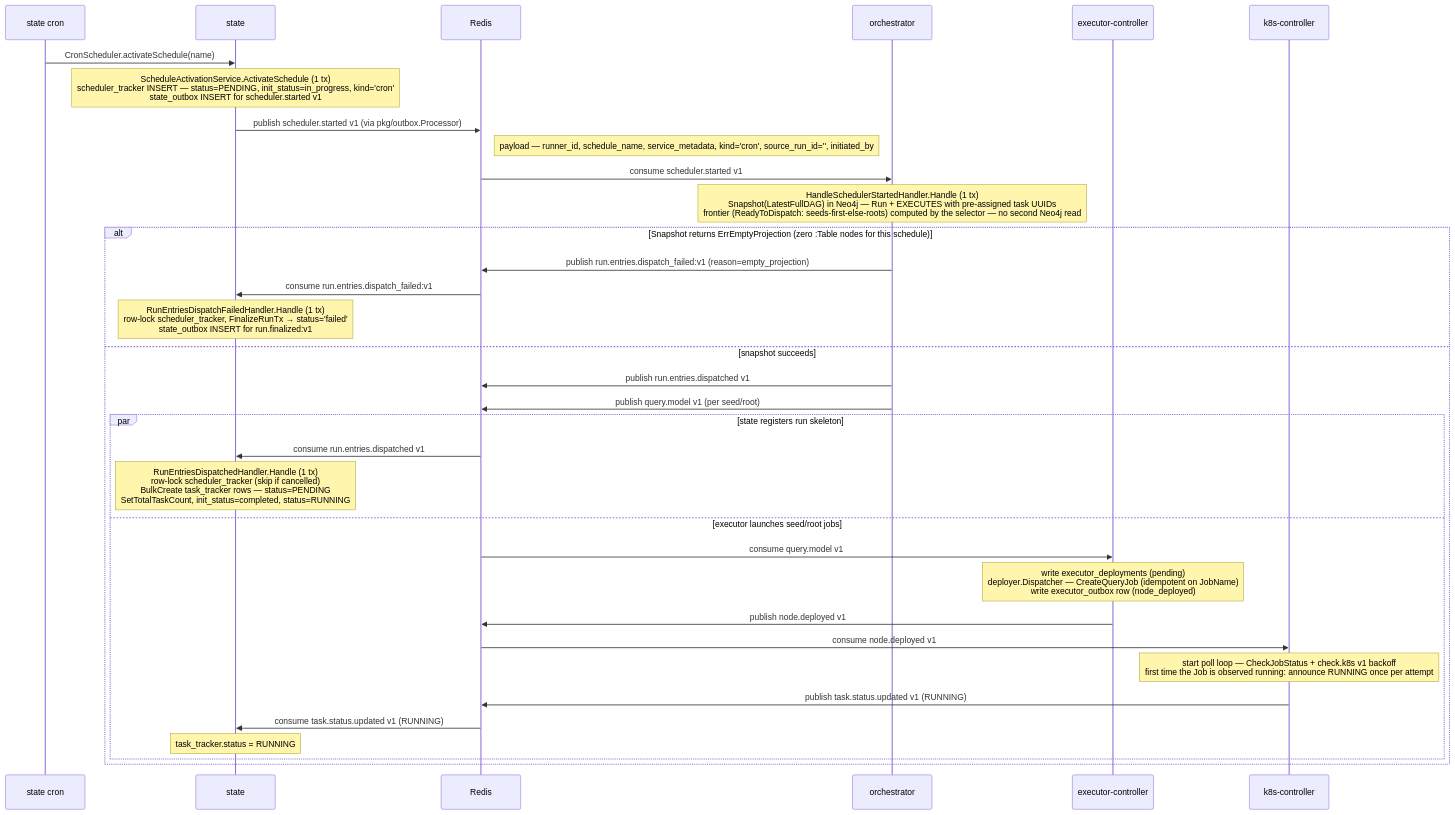
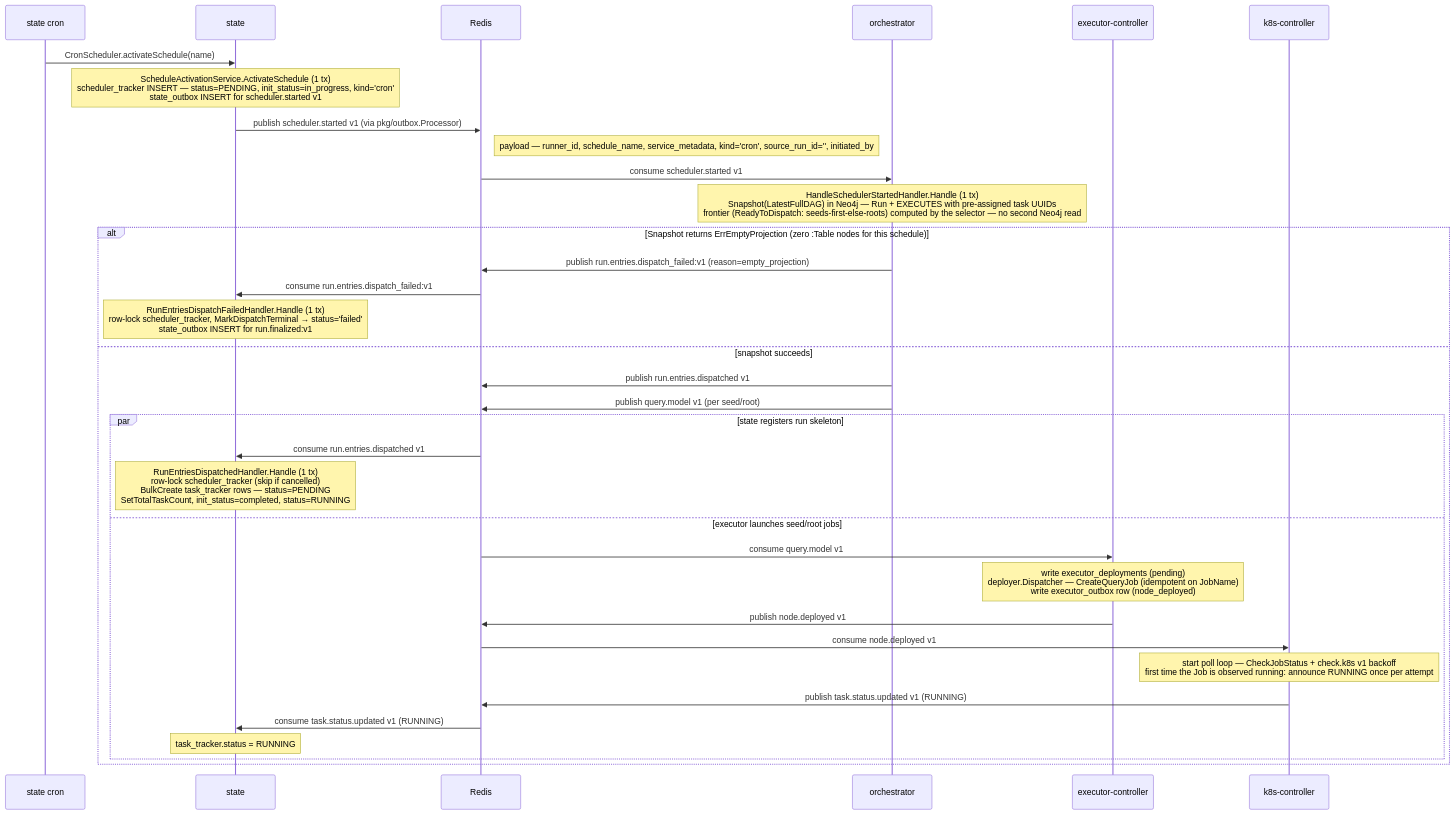
Before and after one commit to carolsimone/continuo: the first of 13 diagrams in docs/arch/03-sequence-flows.md, drawn with Mermaid. The commit also changed other lines of this file and 34 other files, not shown here.

````diff
--- a/docs/arch/03-sequence-flows.md
+++ b/docs/arch/03-sequence-flows.md
@@ -5,39 +5,39 @@
 ```mermaid
 sequenceDiagram
   participant Cron as state cron
   participant ST as state
   participant R as Redis
   participant OR as orchestrator
   participant EC as executor-controller
   participant KC as k8s-controller
 
   Cron->>ST: CronScheduler.activateSchedule(name)
   Note over ST: ScheduleActivationService.ActivateSchedule (1 tx)<br/>scheduler_tracker INSERT — status=PENDING, init_status=in_progress, kind='cron'<br/>state_outbox INSERT for scheduler.started v1
   ST->>R: publish scheduler.started v1 (via pkg/outbox.Processor)
   Note right of R: payload — runner_id, schedule_name, service_metadata, kind='cron', source_run_id='', initiated_by
 
   R->>OR: consume scheduler.started v1
   Note over OR: HandleSchedulerStartedHandler.Handle (1 tx)<br/>Snapshot(LatestFullDAG) in Neo4j — Run + EXECUTES with pre-assigned task UUIDs<br/>frontier (ReadyToDispatch: seeds-first-else-roots) computed by the selector — no second Neo4j read
   alt Snapshot returns ErrEmptyProjection (zero :Table nodes for this schedule)
     OR->>R: publish run.entries.dispatch_failed:v1 (reason=empty_projection)
     R->>ST: consume run.entries.dispatch_failed:v1
-    Note over ST: RunEntriesDispatchFailedHandler.Handle (1 tx)<br/>row-lock scheduler_tracker, FinalizeRunTx → status='failed'<br/>state_outbox INSERT for run.finalized:v1
+    Note over ST: RunEntriesDispatchFailedHandler.Handle (1 tx)<br/>row-lock scheduler_tracker, MarkDispatchTerminal → status='failed'<br/>state_outbox INSERT for run.finalized:v1
   else snapshot succeeds
     OR->>R: publish run.entries.dispatched v1
     OR->>R: publish query.model v1 (per seed/root)
 
     par state registers run skeleton
       R->>ST: consume run.entries.dispatched v1
       Note over ST: RunEntriesDispatchedHandler.Handle (1 tx)<br/>row-lock scheduler_tracker (skip if cancelled)<br/>BulkCreate task_tracker rows — status=PENDING<br/>SetTotalTaskCount, init_status=completed, status=RUNNING
     and executor launches seed/root jobs
       R->>EC: consume query.model v1
       Note over EC: write executor_deployments (pending)<br/>deployer.Dispatcher — CreateQueryJob (idempotent on JobName)<br/>write executor_outbox row (node_deployed)
       EC->>R: publish node.deployed v1
       R->>KC: consume node.deployed v1
       Note over KC: start poll loop — CheckJobStatus + check.k8s v1 backoff<br/>first time the Job is observed running: announce RUNNING once per attempt
       KC->>R: publish task.status.updated v1 (RUNNING)
       R->>ST: consume task.status.updated v1 (RUNNING)
       Note over ST: task_tracker.status = RUNNING
     end
   end
 ```
````
